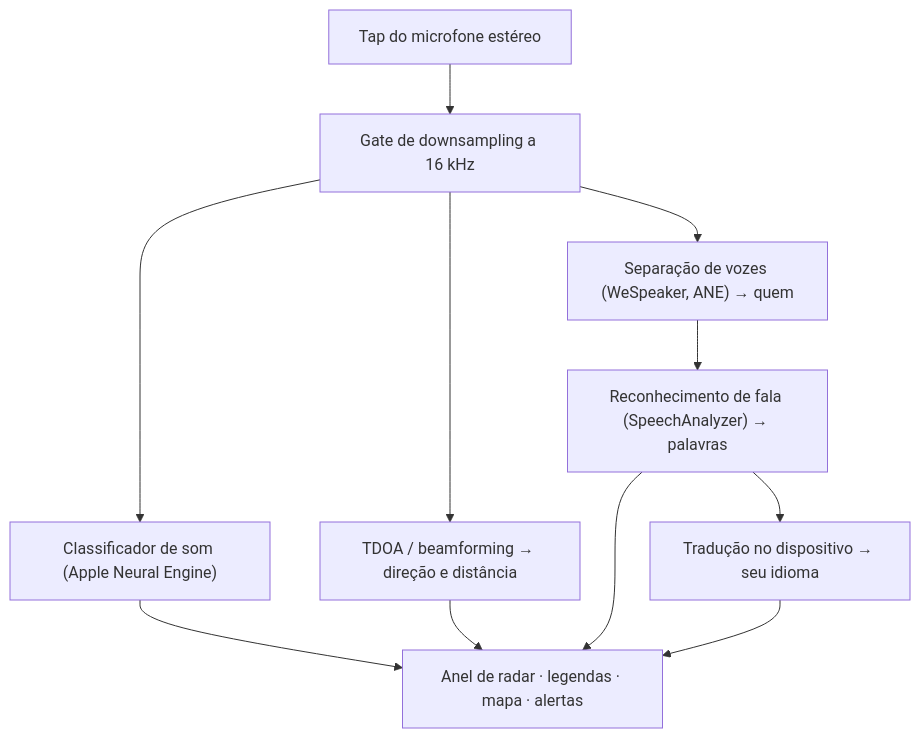
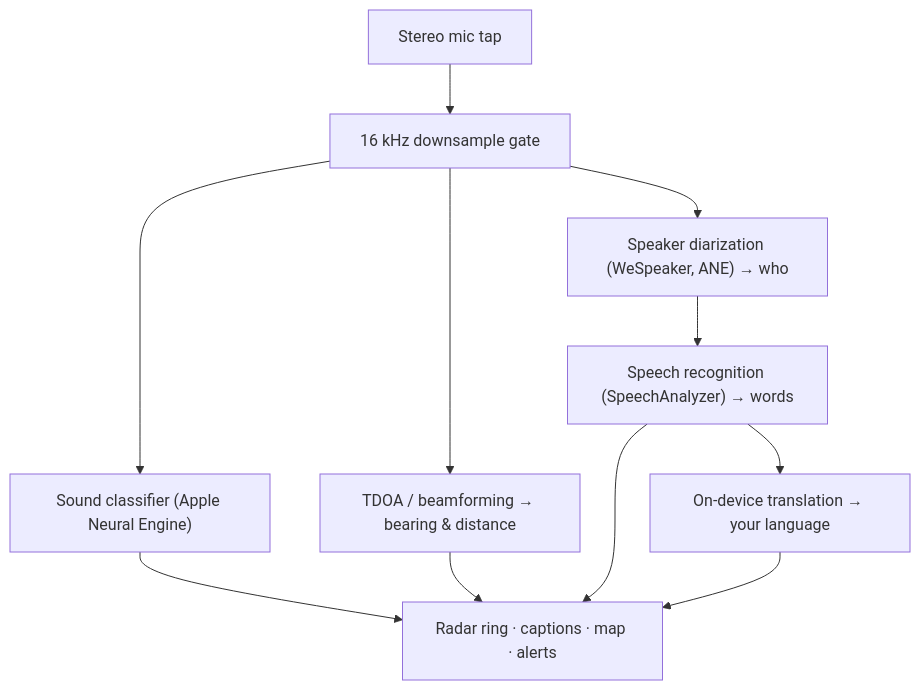
Before and after one commit to rpalm01-star/VigilantEarLegal: the diagram in README_pt-BR.md, drawn with Mermaid. The commit also changed other lines of this file and 27 other files, not shown here.

````diff
--- a/README_pt-BR.md
+++ b/README_pt-BR.md
@@ -73,10 +73,10 @@
 ```mermaid
 graph TD
-    A["Tap do microfone estéreo"] --> B["Gate de downsampling a 16 kHz"]
-    B --> C["Classificador de som (Apple Neural Engine)"]
-    B --> D["TDOA / beamforming → direção e distância"]
-    B --> E["Separação de vozes (WeSpeaker, ANE) → quem"]
-    E --> F["Reconhecimento de fala (SpeechAnalyzer) → palavras"]
-    F --> G["Tradução no dispositivo → seu idioma"]
-    C & D & F & G --> H["Anel de radar · legendas · mapa · alertas"]
+    A["Stereo mic tap"] --> B["16 kHz downsample gate"]
+    B --> C["Sound classifier (Apple Neural Engine)"]
+    B --> D["TDOA / beamforming → bearing & distance"]
+    B --> E["Speaker diarization (WeSpeaker, ANE) → who"]
+    E --> F["Speech recognition (SpeechAnalyzer) → words"]
+    F --> G["On-device translation → your language"]
+    C & D & F & G --> H["Radar ring · captions · map · alerts"]
 ```
````
